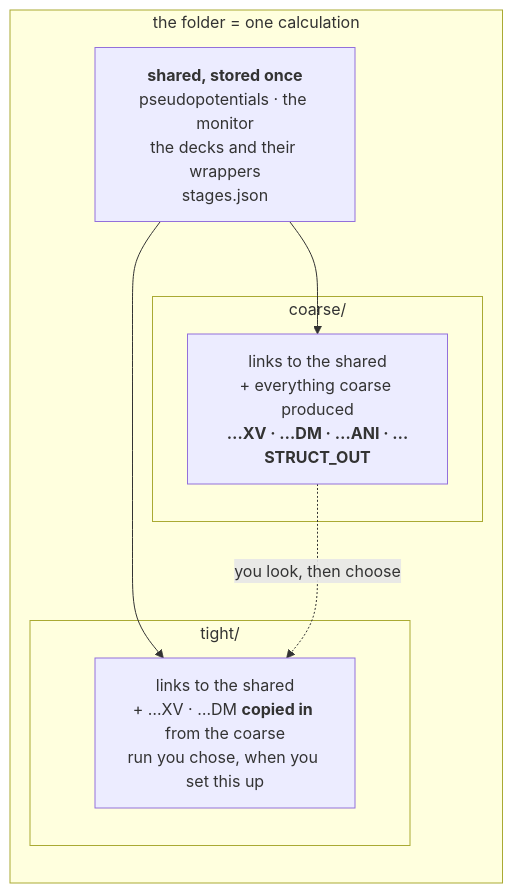
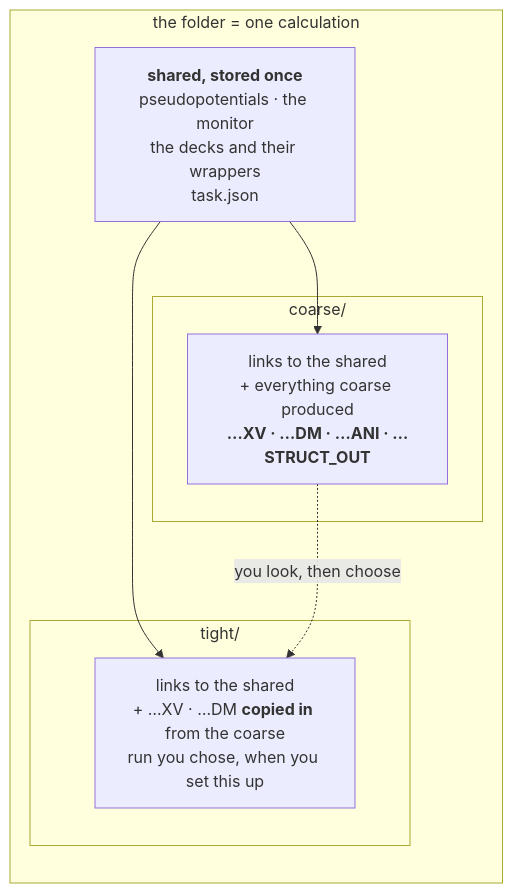
One commit to Qing-LAB/molbuilder changed the first of 2 diagrams in docs/web/staged-runs-architecture.md. Above: the diagram before and after it, drawn with Mermaid. The commit also changed other lines of this file and 12 other files, not shown here.

````diff
--- a/docs/web/staged-runs-architecture.md
+++ b/docs/web/staged-runs-architecture.md
@@ -131,16 +131,16 @@
 ```mermaid
 flowchart TB
     subgraph P["the folder = one calculation"]
       direction TB
-      SH["<b>shared, stored once</b><br/>pseudopotentials · the monitor<br/>the decks and their wrappers<br/>stages.json"]
+      SH["<b>shared, stored once</b><br/>pseudopotentials · the monitor<br/>the decks and their wrappers<br/>task.json"]
       subgraph C["coarse/"]
         C1["links to the shared<br/>+ everything coarse produced<br/><b>…XV · …DM · …ANI · …STRUCT_OUT</b>"]
       end
       subgraph T["tight/"]
         T1["links to the shared<br/>+ …XV · …DM <b>copied in</b> from the coarse<br/>run you chose, when you set this up"]
       end
     end
     SH --> C1
     SH --> T1
     C1 -.->|"you look, then choose"| T1
 ```
````
